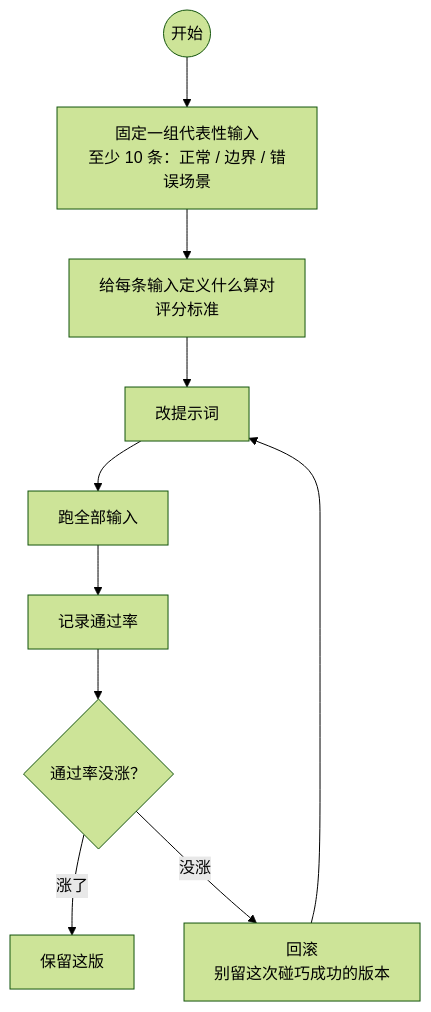
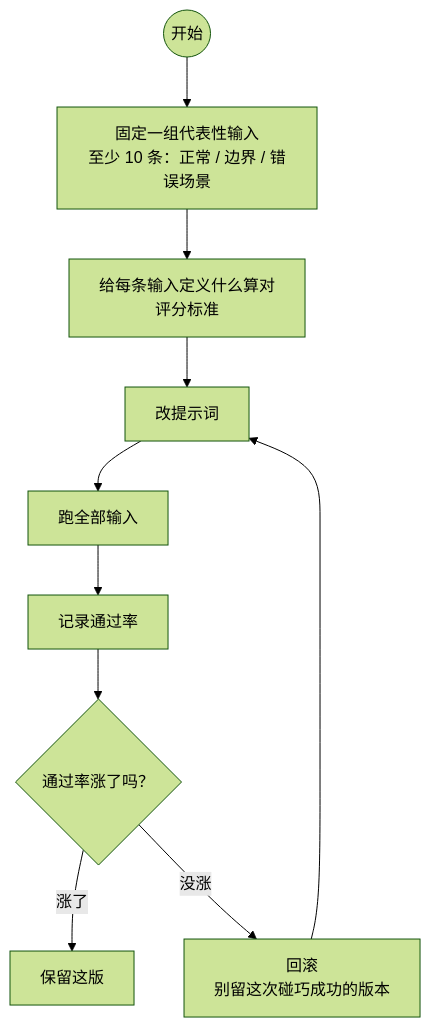
One commit to UranusGit/java-agent-learn changed the third of 3 diagrams in docs/附录/Agent与提示词工程专题/01-提示词工程入门-现代范式.md. Above: the diagram before and after it, drawn with Mermaid (forest theme). The commit also changed 137 other files, not shown here.

First line of the commit message:
docs全库mermaid图质量深化：改写残留字符画、补缺图、修坏图

````diff
--- a/docs/附录/Agent与提示词工程专题/01-提示词工程入门-现代范式.md
+++ b/docs/附录/Agent与提示词工程专题/01-提示词工程入门-现代范式.md
@@ -186,12 +186,12 @@
 ```mermaid
 flowchart TD
     S(("开始")) --> A["固定一组代表性输入<br/>至少 10 条：正常 / 边界 / 错误场景"]
     A --> B["给每条输入定义什么算对<br/>评分标准"]
     B --> C["改提示词"]
     C --> D["跑全部输入"]
     D --> E["记录通过率"]
-    E --> F{"通过率没涨？"}
+    E --> F{"通过率涨了吗？"}
     F -->|"涨了"| K["保留这版"]
     F -->|"没涨"| G["回滚<br/>别留这次碰巧成功的版本"]
     G --> C
 ```
````
